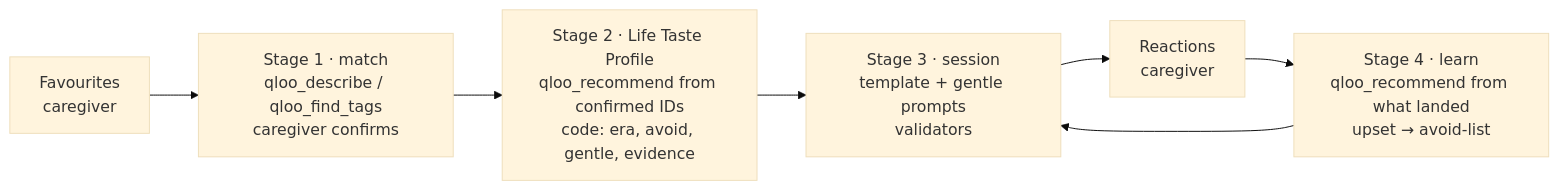
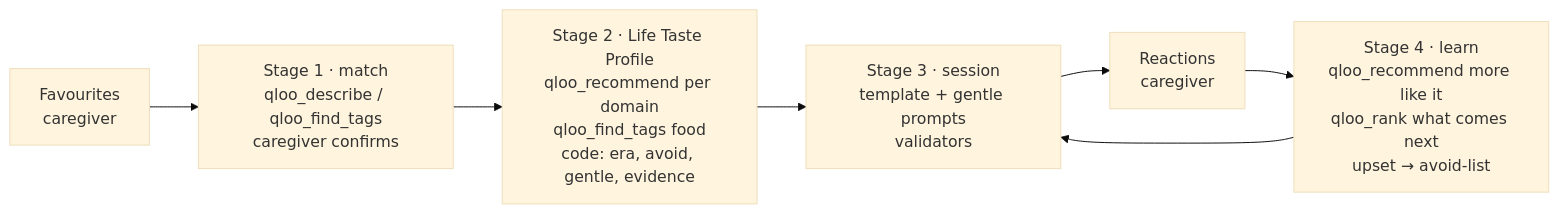
Before and after one commit to designerajitrawat-ux/memory-lane: the diagram in README.md, drawn with Mermaid (base theme). The commit also changed other lines of this file and 9 other files, not shown here.

````diff
--- a/README.md
+++ b/README.md
@@ -60,9 +90,9 @@
 ```mermaid
 flowchart LR
   F[Favourites<br/>caregiver] --> S1[Stage 1 · match<br/>qloo_describe / qloo_find_tags<br/>caregiver confirms]
-  S1 --> S2[Stage 2 · Life Taste Profile<br/>qloo_recommend from confirmed IDs<br/>code: era, avoid, gentle, evidence]
+  S1 --> S2[Stage 2 · Life Taste Profile<br/>qloo_recommend per domain<br/>qloo_find_tags food<br/>code: era, avoid, gentle, evidence]
   S2 --> S3[Stage 3 · session<br/>template + gentle prompts<br/>validators]
   S3 --> R[Reactions<br/>caregiver]
-  R --> S4[Stage 4 · learn<br/>qloo_recommend from what landed<br/>upset → avoid-list]
+  R --> S4[Stage 4 · learn<br/>qloo_recommend more like it<br/>qloo_rank what comes next<br/>upset → avoid-list]
   S4 --> S3
 ```
````
